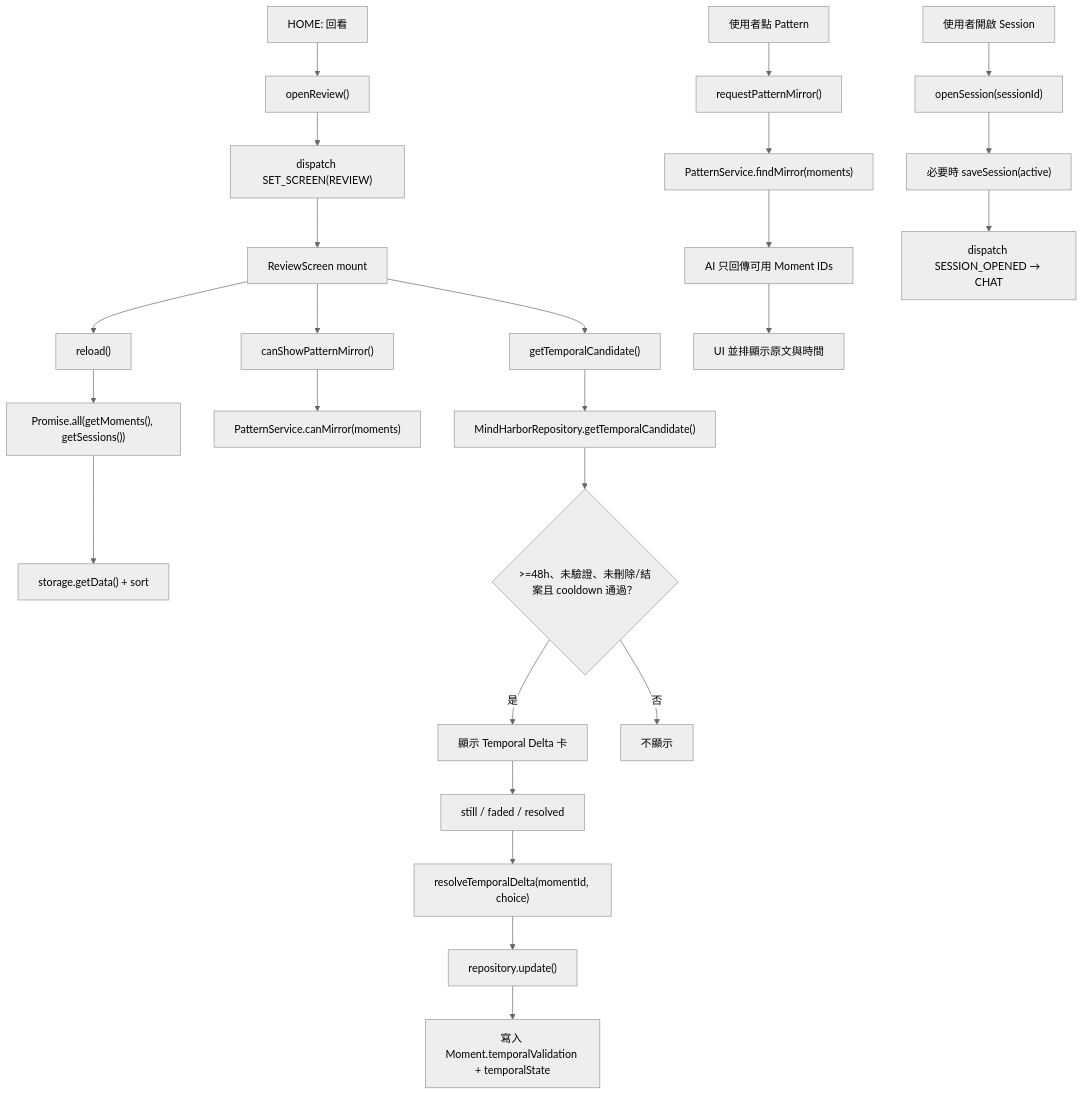
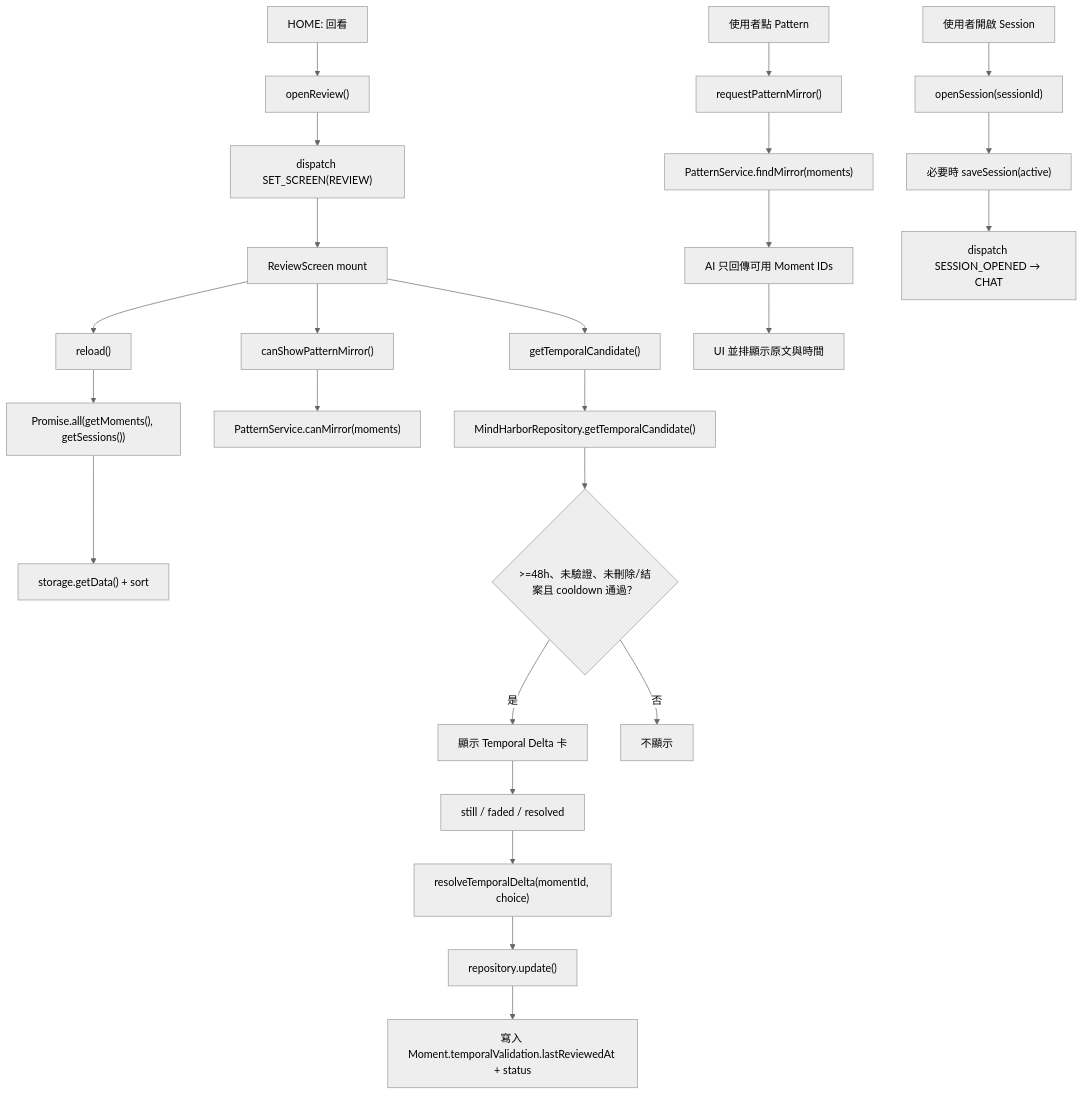
The sixth of 8 diagrams in flow_diagram.md (q5089877/privateMind), drawn with Mermaid (neutral theme) before and after one commit. The commit also changed 4 other files, not shown here.

Commit message:
refactor: simplify temporal status archive

````diff
--- a/flow_diagram.md
+++ b/flow_diagram.md
@@ -139,27 +139,27 @@
 ```mermaid
 flowchart TD
   A["HOME: 回看"] --> B["openReview()"]
   B --> C["dispatch SET_SCREEN(REVIEW)"]
   C --> D["ReviewScreen mount"]
   D --> E["reload()"]
   E --> F["Promise.all(getMoments(), getSessions())"]
   F --> G["storage.getData() + sort"]
   D --> H["canShowPatternMirror()"]
   H --> I["PatternService.canMirror(moments)"]
   D --> J["getTemporalCandidate()"]
   J --> K["MindHarborRepository.getTemporalCandidate()"]
   K --> L{">=48h、未驗證、未刪除/結案且 cooldown 通過？"}
   L -->|是| M["顯示 Temporal Delta 卡"]
   L -->|否| N["不顯示"]
   O["使用者點 Pattern"] --> P["requestPatternMirror()"]
   P --> Q["PatternService.findMirror(moments)"]
   Q --> R["AI 只回傳可用 Moment IDs"]
   R --> S["UI 並排顯示原文與時間"]
   M --> T["still / faded / resolved"]
   T --> U["resolveTemporalDelta(momentId, choice)"]
   U --> V["repository.update()"]
-  V --> W["寫入 Moment.temporalValidation + temporalState"]
+  V --> W["寫入 Moment.temporalValidation.lastReviewedAt + status"]
   X["使用者開啟 Session"] --> Y["openSession(sessionId)"]
   Y --> Z["必要時 saveSession(active)"]
   Z --> AA["dispatch SESSION_OPENED → CHAT"]
 ```
````
